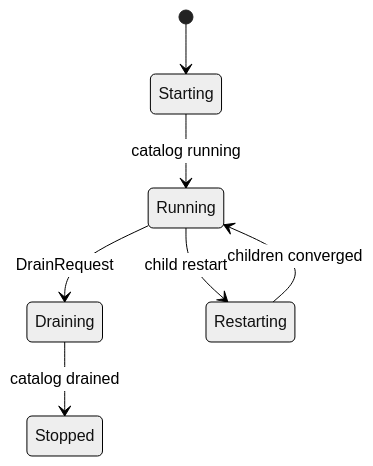
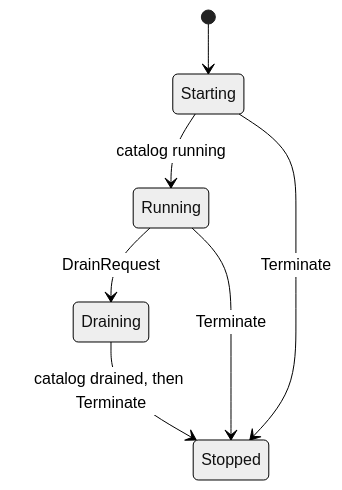
The third of 14 diagrams in docs/internals/plugin-runtime.md (HarishHary/blink), drawn with Mermaid (neutral theme) before and after one commit. The commit also changed other lines of this file and 5 other files, not shown here.

````diff
--- a/docs/internals/plugin-runtime.md
+++ b/docs/internals/plugin-runtime.md
@@ -116,9 +132,9 @@
 ```mermaid
 stateDiagram-v2
     [*] --> Starting
     Starting --> Running: catalog running
     Running --> Draining: DrainRequest
-    Draining --> Stopped: catalog drained
-    Running --> Restarting: child restart
-    Restarting --> Running: children converged
+    Draining --> Stopped: catalog drained, then Terminate
+    Starting --> Stopped: Terminate
+    Running --> Stopped: Terminate
 ```
````
